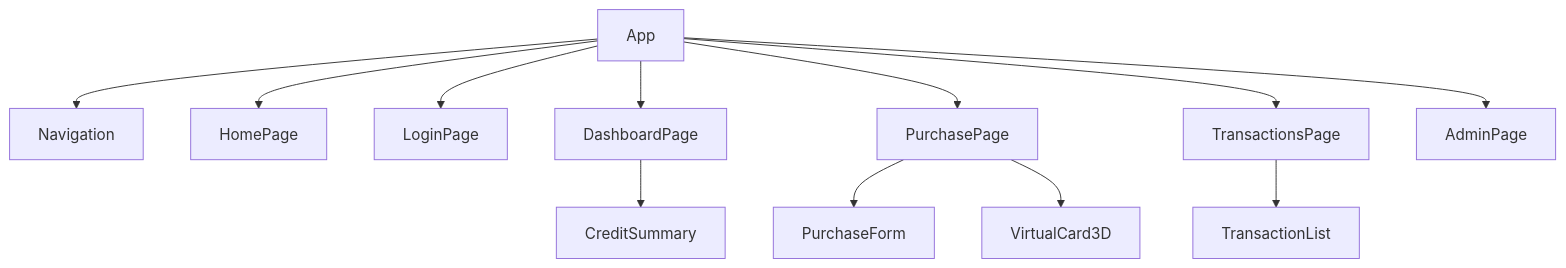
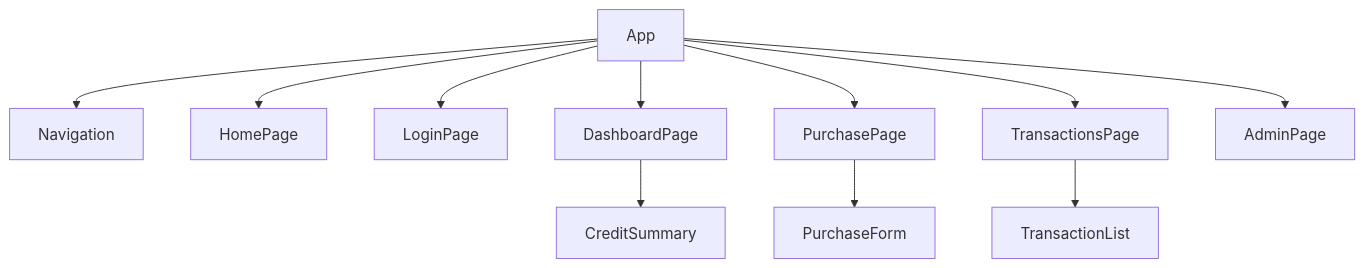
The third of 3 diagrams in outputs/01_Project_Proposal/03_Submission_Proposal.md (marvensj7/card-transaction-simulator), drawn with Mermaid before and after one commit. The commit also changed other lines of this file and 51 other files, not shown here.

````diff
--- a/outputs/01_Project_Proposal/03_Submission_Proposal.md
+++ b/outputs/01_Project_Proposal/03_Submission_Proposal.md
@@ -119,14 +125,13 @@
 ```mermaid
 flowchart TD
     App --> Navigation
     App --> HomePage
     App --> LoginPage
     App --> DashboardPage
     App --> PurchasePage
     App --> TransactionsPage
     App --> AdminPage
     PurchasePage --> PurchaseForm
-    PurchasePage --> VirtualCard3D
     DashboardPage --> CreditSummary
     TransactionsPage --> TransactionList
 ```
````
